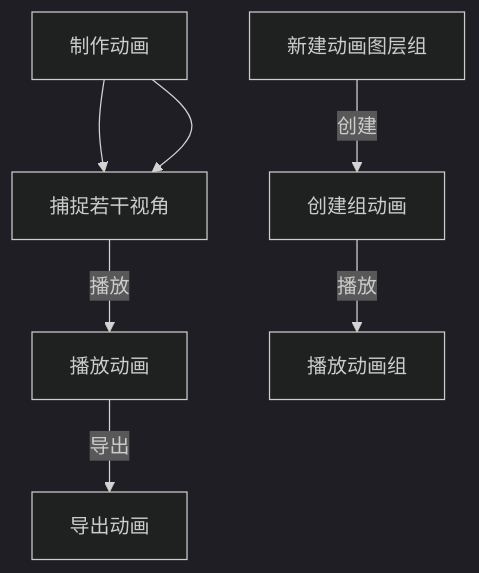
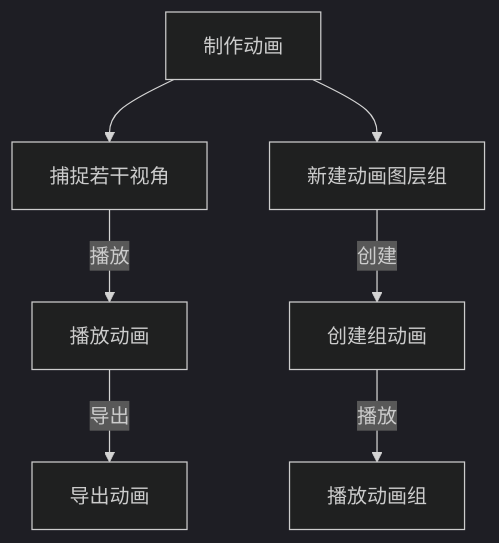
Before and after one commit to newguser/iodraw-files: the diagram in all/未命名.md, drawn with Mermaid (dark theme).

Commit message:
2025-02-27 22:03:33 update

````diff
--- a/all/未命名.md
+++ b/all/未命名.md
@@ -1,11 +1,11 @@
 ```mermaid
 graph TD
         A0[制作动画]-->A[捕捉若干视角]
-        A0[制作动画]-->
+        A0[制作动画]-->D[新建动画图层组]
         A[捕捉若干视角] -->|播放| B[播放动画]
         B -->|导出| C[导出动画]
 
         D[新建动画图层组] -->|创建| E[创建组动画]
         E -->|播放| F[播放动画组]
 
 ```
````
